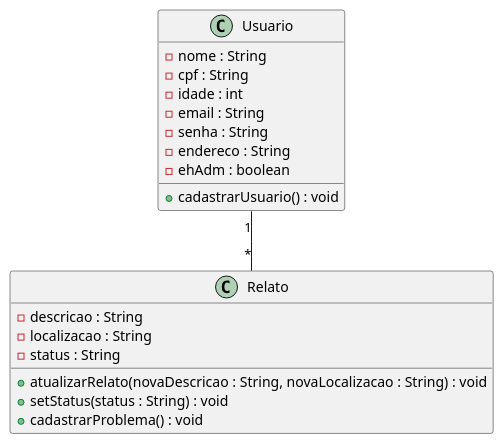
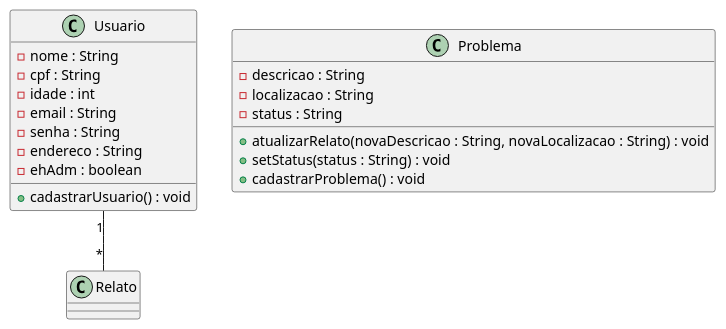
The diagram in ClassDiagram.md (RenataArdito/Alerta-ADS), drawn with PlantUML before and after one commit.

````diff
--- a/ClassDiagram.md
+++ b/ClassDiagram.md
@@ -1,27 +1,27 @@
 ```plantuml
 @startuml
 
 class Usuario {
    - nome : String
    - cpf : String
    - idade : int
    - email : String
    - senha : String
    - endereco : String
    - ehAdm : boolean
    + cadastrarUsuario() : void
 }
 
-class Relato {
+class Problema {
    - descricao : String
    - localizacao : String
    - status : String
    + atualizarRelato(novaDescricao : String, novaLocalizacao : String) : void
    + setStatus(status : String) : void
    + cadastrarProblema() : void
 }
 
 Usuario "1" -- "*" Relato
 
 @enduml
 ```
````
